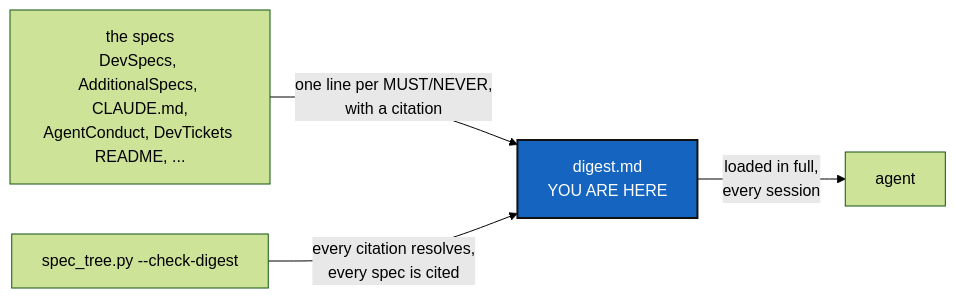
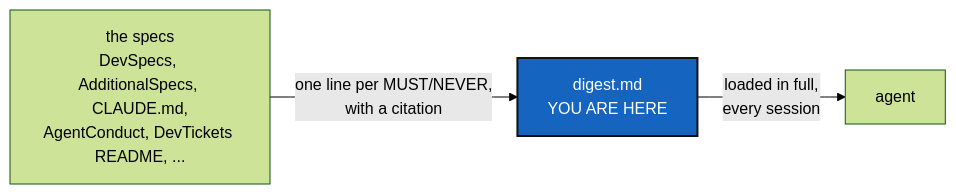
One commit to flipoyo/.localSpec changed the diagram in digest.md. Above: the diagram before and after it, drawn with Mermaid (forest theme). The commit also changed other lines of this file and 4 other files, not shown here.

````diff
--- a/digest.md
+++ b/digest.md
@@ -39,9 +32,8 @@
 ```mermaid
 graph LR
     S["the specs<br/>DevSpecs, AdditionalSpecs, CLAUDE.md,<br/>AgentConduct, DevTickets README, ..."] -->|"one line per MUST/NEVER,<br/>with a citation"| D["digest.md<br/>YOU ARE HERE"]
     D -->|"loaded in full,<br/>every session"| A["agent"]
-    C["spec_tree.py --check-digest"] -->|"every citation resolves,<br/>every spec is cited"| D
 
     classDef here fill:#1565C0,color:#fff,stroke:#111,stroke-width:2px;
     class D here;
 ```
````
